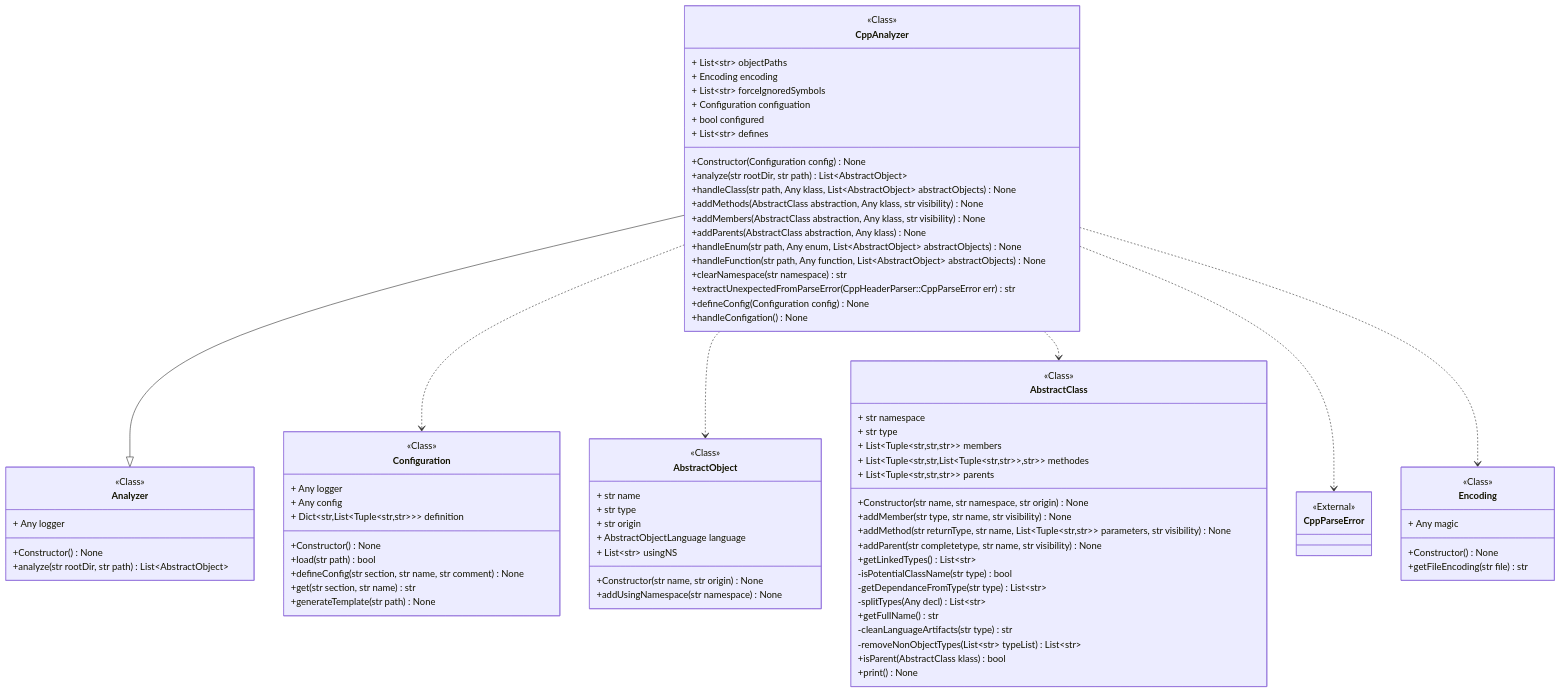
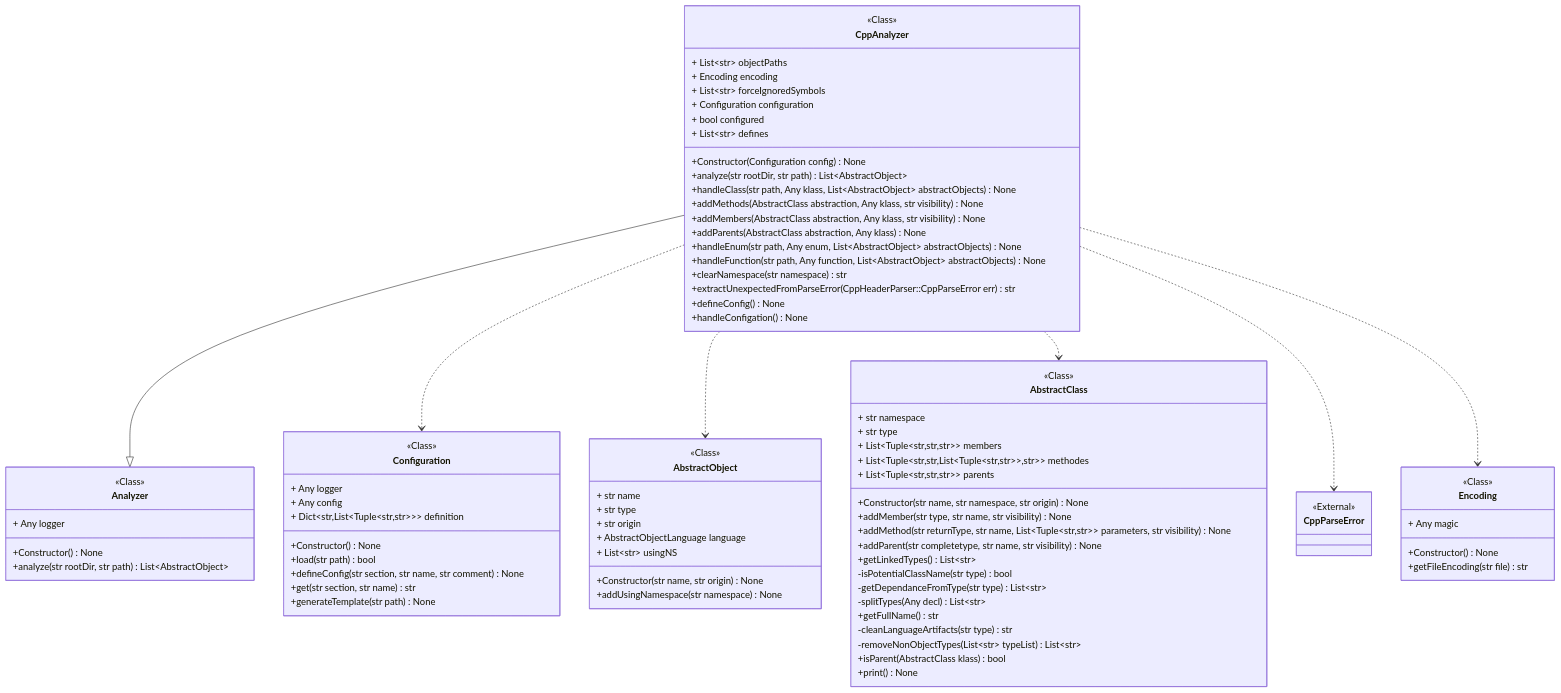
The diagram in docs/source/code/diagrams/pycodeanalyzer_core_languages_analyzers_cppanalyzer_CppAnalyzer.mmd (miong/pycodeanalyzer), drawn with Mermaid before and after one commit. The commit also changed 3 other files, not shown here.

```diff
--- a/docs/source/code/diagrams/pycodeanalyzer_core_languages_analyzers_cppanalyzer_CppAnalyzer.mmd
+++ b/docs/source/code/diagrams/pycodeanalyzer_core_languages_analyzers_cppanalyzer_CppAnalyzer.mmd
@@ -1,89 +1,89 @@
 classDiagram
 class CppAnalyzer {
 <<Class>>
 + List~str~ objectPaths
 + Encoding encoding
 + List~str~ forceIgnoredSymbols
-+ Configuration configuation
++ Configuration configuration
 + bool configured
 + List~str~ defines
 +Constructor(Configuration config) None
 +analyze(str rootDir, str path) List~AbstractObject~
 +handleClass(str path, Any klass, List~AbstractObject~ abstractObjects) None
 +addMethods(AbstractClass abstraction, Any klass, str visibility) None
 +addMembers(AbstractClass abstraction, Any klass, str visibility) None
 +addParents(AbstractClass abstraction, Any klass) None
 +handleEnum(str path, Any enum, List~AbstractObject~ abstractObjects) None
 +handleFunction(str path, Any function, List~AbstractObject~ abstractObjects) None
 +clearNamespace(str namespace) str
 +extractUnexpectedFromParseError(CppHeaderParser::CppParseError err) str
-+defineConfig(Configuration config) None
++defineConfig() None
 +handleConfigation() None
 }
 class Analyzer {
 <<Class>>
 + Any logger
 +Constructor() None
 +analyze(str rootDir, str path) List~AbstractObject~
 }
 link Analyzer "class££pycodeanalyzer::core::languages::analyzer::Analyzer"
 class Configuration {
 <<Class>>
 + Any logger
 + Any config
 + Dict&lt;str,List&lt;Tuple&lt;str,str&gt;&gt;&gt; definition
 +Constructor() None
 +load(str path) bool
 +defineConfig(str section, str name, str comment) None
 +get(str section, str name) str
 +generateTemplate(str path) None
 }
 link Configuration "class££pycodeanalyzer::core::configuration::configuration::Configuration"
 class AbstractObject {
 <<Class>>
 + str name
 + str type
 + str origin
 + AbstractObjectLanguage language
 + List~str~ usingNS
 +Constructor(str name, str origin) None
 +addUsingNamespace(str namespace) None
 }
 link AbstractObject "class££pycodeanalyzer::core::abstraction::objects::AbstractObject"
 class AbstractClass {
 <<Class>>
 + str namespace
 + str type
 + List&lt;Tuple&lt;str,str,str&gt;&gt; members
 + List&lt;Tuple&lt;str,str,List&lt;Tuple&lt;str,str&gt;&gt;,str&gt;&gt; methodes
 + List&lt;Tuple&lt;str,str,str&gt;&gt; parents
 +Constructor(str name, str namespace, str origin) None
 +addMember(str type, str name, str visibility) None
 +addMethod(str returnType, str name, List&lt;Tuple&lt;str,str&gt;&gt; parameters, str visibility) None
 +addParent(str completetype, str name, str visibility) None
 +getLinkedTypes() List~str~
 -isPotentialClassName(str type) bool
 -getDependanceFromType(str type) List~str~
 -splitTypes(Any decl) List~str~
 +getFullName() str
 -cleanLanguageArtifacts(str type) str
 -removeNonObjectTypes(List~str~ typeList) List~str~
 +isParent(AbstractClass klass) bool
 +print() None
 }
 link AbstractClass "class££pycodeanalyzer::core::abstraction::objects::AbstractClass"
 class CppParseError
 <<External>> CppParseError
 class Encoding {
 <<Class>>
 + Any magic
 +Constructor() None
 +getFileEncoding(str file) str
 }
 link Encoding "class££pycodeanalyzer::core::encoding::encodings::Encoding"
 CppAnalyzer --|> Analyzer
 CppAnalyzer ..> Configuration
 CppAnalyzer ..> AbstractObject
 CppAnalyzer ..> AbstractClass
 CppAnalyzer ..> CppParseError
 CppAnalyzer ..> Encoding
```
